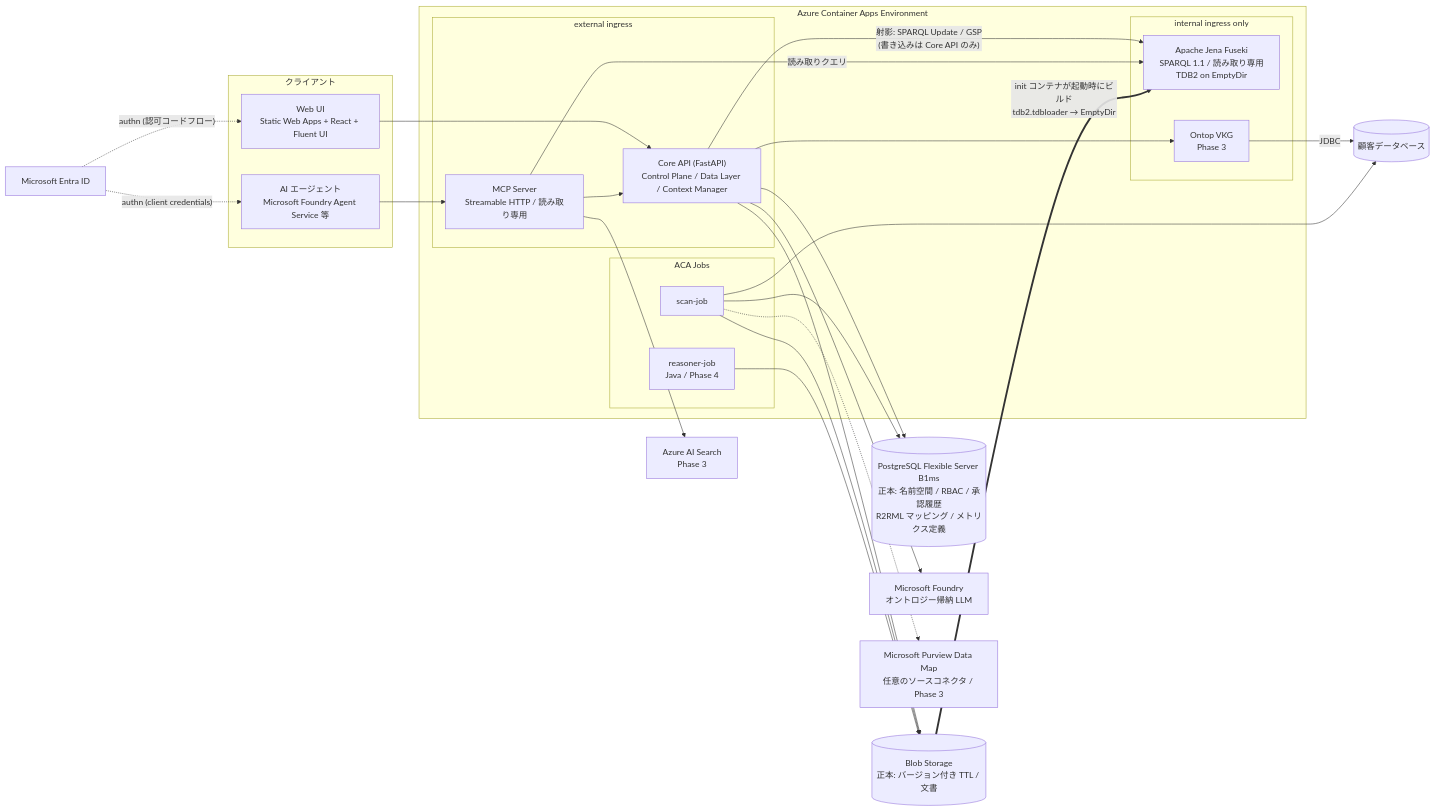
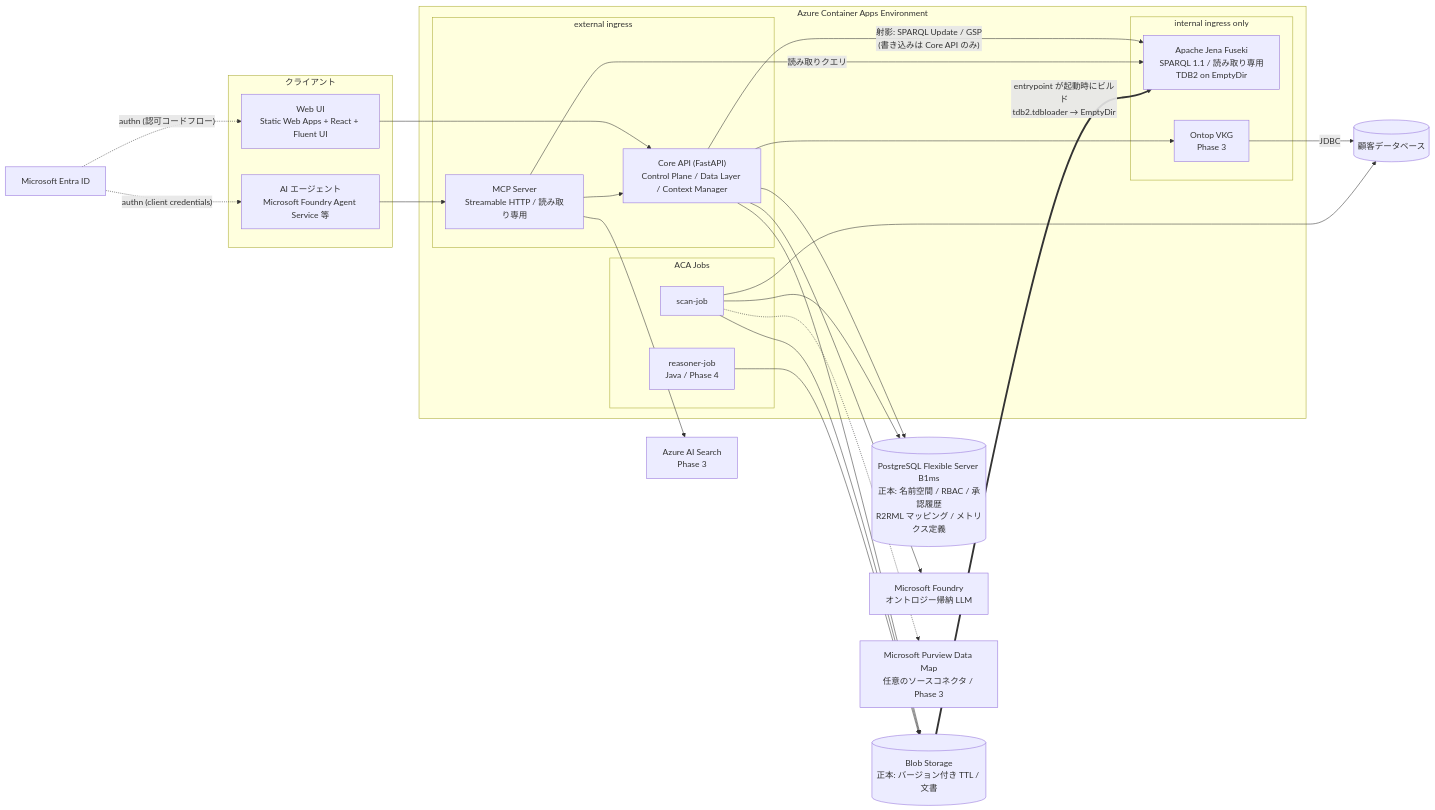
The first of 4 diagrams in docs/architecture.md (nomhiro/ontology-accelerator-for-azure), drawn with Mermaid before and after one commit. The commit also changed other lines of this file and 6 other files, not shown here.

````diff
--- a/docs/architecture.md
+++ b/docs/architecture.md
@@ -37,53 +37,53 @@
 ```mermaid
 flowchart LR
   ENTRA["Microsoft Entra ID"]
 
   subgraph clients["クライアント"]
     WEB["Web UI<br/>Static Web Apps + React + Fluent UI"]
     AGENT["AI エージェント<br/>Microsoft Foundry Agent Service 等"]
   end
 
   subgraph aca["Azure Container Apps Environment"]
     subgraph extz["external ingress"]
       API["Core API (FastAPI)<br/>Control Plane / Data Layer / Context Manager"]
       MCP["MCP Server<br/>Streamable HTTP / 読み取り専用"]
     end
     subgraph intz["internal ingress only"]
       FUSEKI["Apache Jena Fuseki<br/>SPARQL 1.1 / 読み取り専用<br/>TDB2 on EmptyDir"]
       ONTOP["Ontop VKG<br/>Phase 3"]
     end
     subgraph jobz["ACA Jobs"]
       SCANJOB["scan-job"]
       REASJOB["reasoner-job<br/>Java / Phase 4"]
     end
   end
 
   PG[("PostgreSQL Flexible Server B1ms<br/>正本: 名前空間 / RBAC / 承認履歴<br/>R2RML マッピング / メトリクス定義")]
   BLOB[("Blob Storage<br/>正本: バージョン付き TTL / 文書")]
   SEARCH["Azure AI Search<br/>Phase 3"]
   FOUNDRY["Microsoft Foundry<br/>オントロジー帰納 LLM"]
   CUSTDB[("顧客データベース")]
   PURVIEW["Microsoft Purview Data Map<br/>任意のソースコネクタ / Phase 3"]
 
   ENTRA -. "authn (認可コードフロー)" .-> WEB
   ENTRA -. "authn (client credentials)" .-> AGENT
   WEB --> API
   AGENT --> MCP
 
   API --> PG
   API --> BLOB
   API --> FOUNDRY
   API -- "射影: SPARQL Update / GSP<br/>(書き込みは Core API のみ)" --> FUSEKI
   API --> ONTOP
   MCP -- "読み取りクエリ" --> FUSEKI
   MCP --> SEARCH
   MCP --> API
 
-  BLOB == "init コンテナが起動時にビルド<br/>tdb2.tdbloader → EmptyDir" ==> FUSEKI
+  BLOB == "entrypoint が起動時にビルド<br/>tdb2.tdbloader → EmptyDir" ==> FUSEKI
   ONTOP -- JDBC --> CUSTDB
   SCANJOB --> CUSTDB
   SCANJOB --> PG
   SCANJOB --> BLOB
   SCANJOB -.-> PURVIEW
   REASJOB --> BLOB
 ```
````
